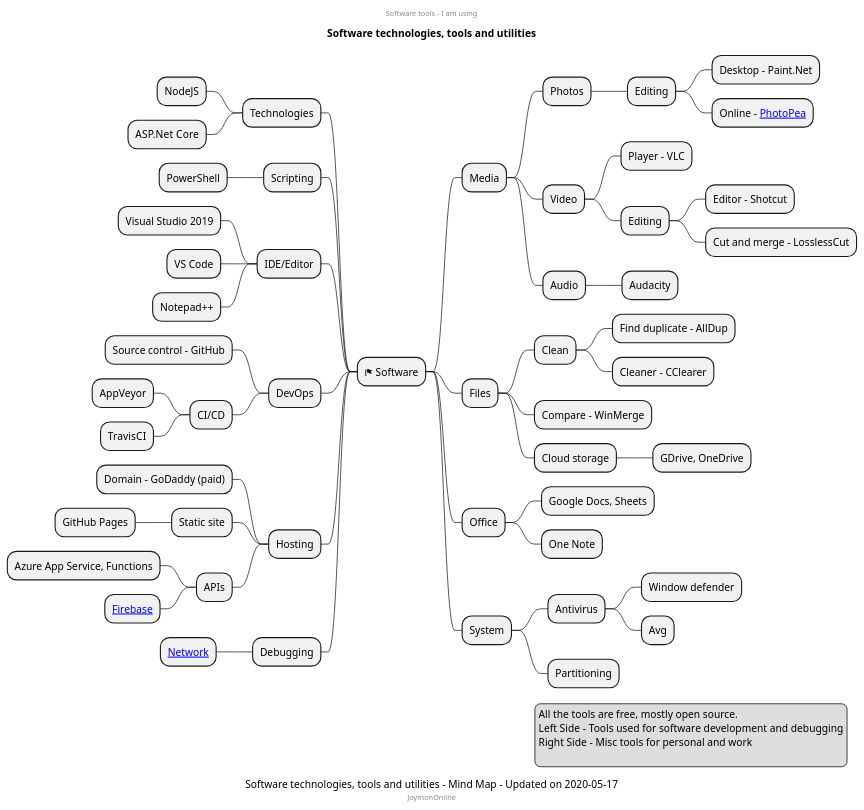
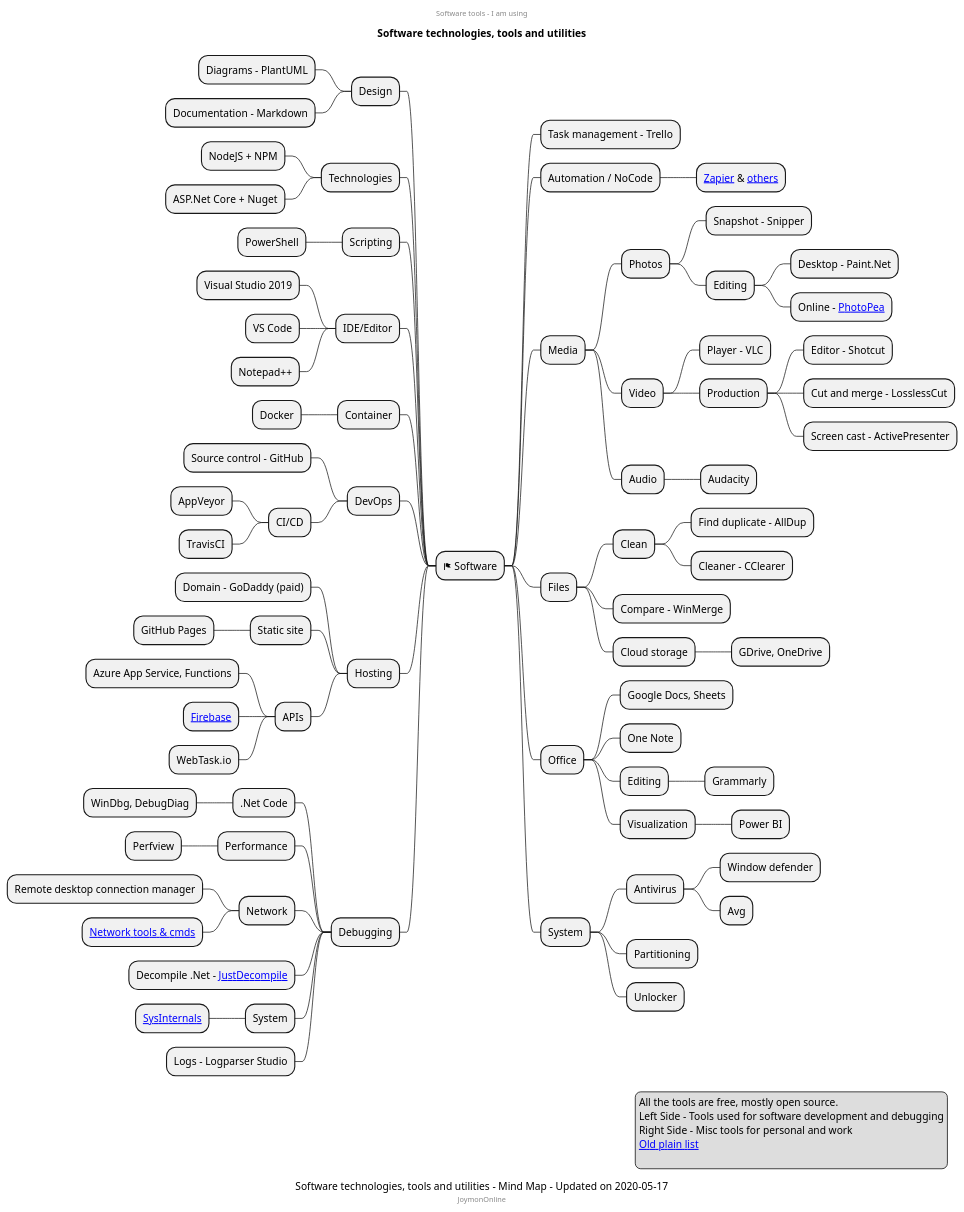
One commit to mind-maps/software changed the diagram in software-tools/tools.puml. Above: the diagram before and after it, drawn with PlantUML.

```diff
--- a/software-tools/tools.puml
+++ b/software-tools/tools.puml
@@ -1,67 +1,94 @@
 @startmindmap
 center header
 Software tools - I am using
 endheader
 title Software technologies, tools and utilities
 caption Software technologies, tools and utilities - Mind Map - Updated on 2020-05-17
 center footer JoymonOnline
 + <&flag> Software
+++ Task management - Trello
+++ Automation / NoCode
++++ [[https://zapier.com/home Zapier]] & [[https://gist.github.com/joymon/89aeb18bef588895426b46a54e2ba970 others]]
 ++ Media
 +++ Photos
+++++ Snapshot - Snipper
 ++++ Editing
 +++++ Desktop - Paint.Net
 +++++ Online - [[https://www.photopea.com/ PhotoPea]]
 +++ Video
 ++++ Player - VLC
-++++ Editing
+++++ Production
 +++++ Editor - Shotcut
 +++++ Cut and merge - LosslessCut
++++++ Screen cast - ActivePresenter
 +++ Audio
 ++++ Audacity
 ++ Files
 +++ Clean
 ++++ Find duplicate - AllDup
 ++++ Cleaner - CClearer
 +++ Compare - WinMerge
 +++ Cloud storage
 ++++ GDrive, OneDrive
 ++ Office
 +++ Google Docs, Sheets
 +++ One Note
++++ Editing
+++++ Grammarly
++++ Visualization
+++++ Power BI
 ++ System
 +++ Antivirus
 ++++ Window defender
 ++++ Avg
 +++ Partitioning
++++ Unlocker
+-- Design
+--- Diagrams - PlantUML
+--- Documentation - Markdown
 -- Technologies
---- NodeJS
---- ASP.Net Core
+--- NodeJS + NPM
+--- ASP.Net Core + Nuget
 -- Scripting
 --- PowerShell
 -- IDE/Editor
 --- Visual Studio 2019
 --- VS Code
 --- Notepad++
+-- Container
+--- Docker
 -- DevOps
 --- Source control - GitHub
 --- CI/CD
 ---- AppVeyor
 ---- TravisCI
 -- Hosting
 --- Domain - GoDaddy (paid)
 --- Static site
 ---- GitHub Pages
 --- APIs
 ---- Azure App Service, Functions
 ---- [[https://firebase.google.com/pricing Firebase]]
+---- WebTask.io
 -- Debugging
---- [[http://www.plantuml.com/plantuml/proxy?fmt=svg&cache=no&src=https://raw.githubusercontent.com/mind-maps/software/master/debugging/windows-network-debugging.puml Network]]
+--- .Net Code
+---- WinDbg, DebugDiag
+--- Performance
+---- Perfview
+--- Network
+---- Remote desktop connection manager
+---- [[http://www.plantuml.com/plantuml/proxy?fmt=svg&cache=no&src=https://raw.githubusercontent.com/mind-maps/software/master/debugging/windows-network-debugging.puml Network tools & cmds]]
+--- Decompile .Net - [[https://www.telerik.com/products/decompiler.aspx JustDecompile]]
+--- System
+---- [[https://docs.microsoft.com/en-us/sysinternals/ SysInternals]]
+--- Logs - Logparser Studio
 
 legend right
 All the tools are free, mostly open source.
 Left Side - Tools used for software development and debugging
 Right Side - Misc tools for personal and work
+[[https://joymonscode.blogspot.com/2017/05/toolbox-for-open-source-developers.html Old plain list]]
   
 endlegend
 
 @endmindmap
```
